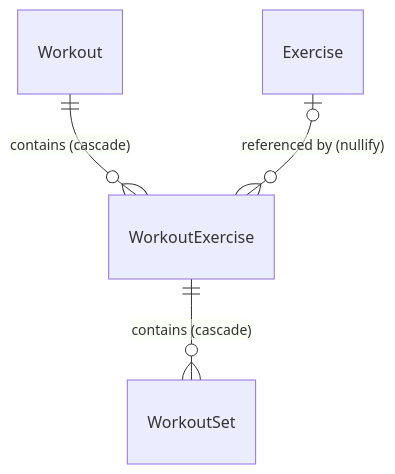
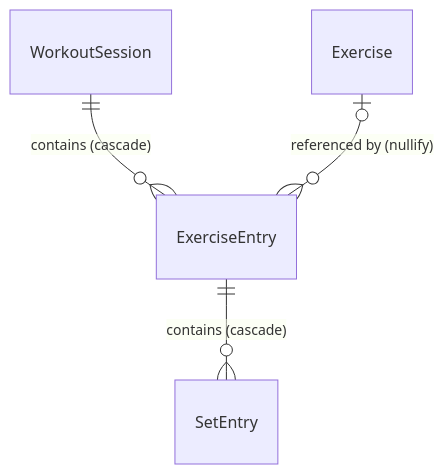
Before and after one commit to yu1Ro5/kasane: the diagram in docs/architecture/DATA_MODEL.md, drawn with Mermaid. The commit also changed other lines of this file and 6 other files, not shown here.

````diff
--- a/docs/architecture/DATA_MODEL.md
+++ b/docs/architecture/DATA_MODEL.md
@@ -9,6 +9,6 @@
 ```mermaid
 erDiagram
-    Workout ||--o{ WorkoutExercise : "contains (cascade)"
-    Exercise o|--o{ WorkoutExercise : "referenced by (nullify)"
-    WorkoutExercise ||--o{ WorkoutSet : "contains (cascade)"
+    WorkoutSession ||--o{ ExerciseEntry : "contains (cascade)"
+    Exercise o|--o{ ExerciseEntry : "referenced by (nullify)"
+    ExerciseEntry ||--o{ SetEntry : "contains (cascade)"
 ```
````
